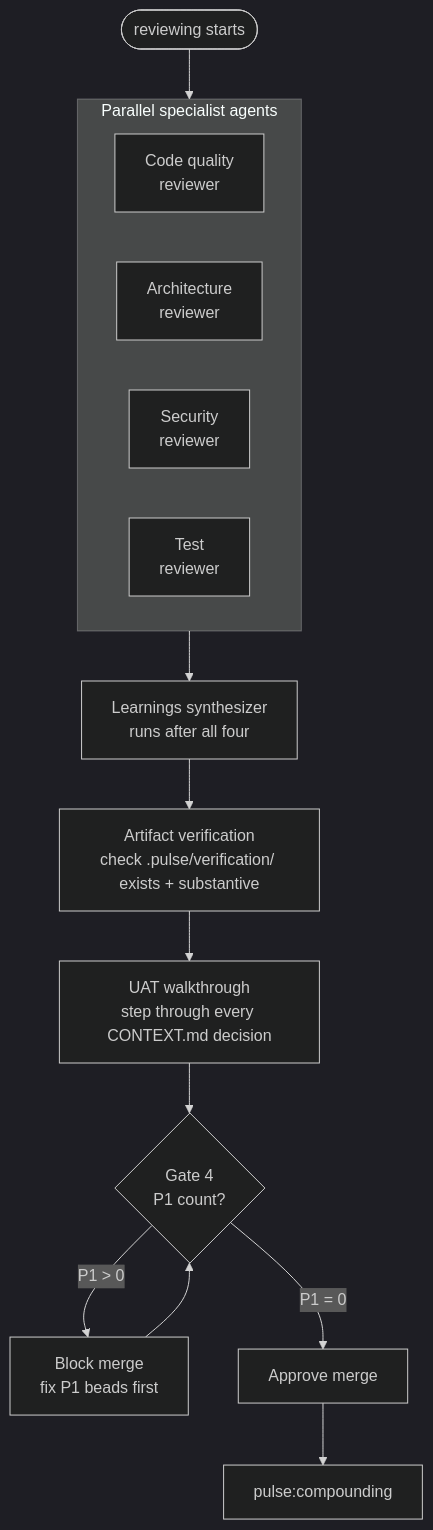
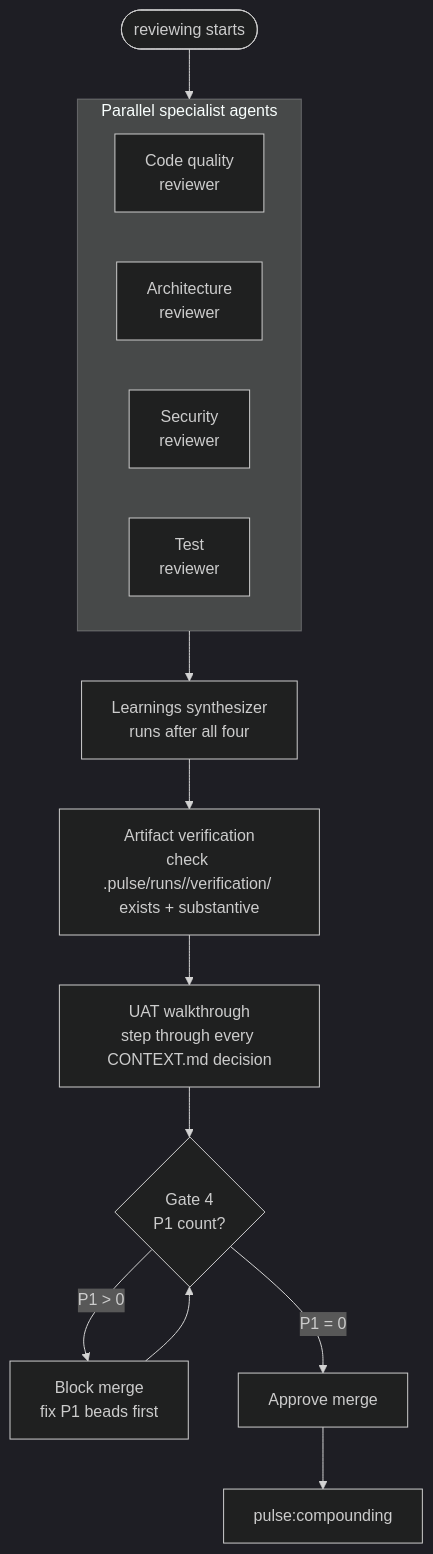
One commit to quanpersie2001/skills changed the third of 7 diagrams in docs/ARCHITECTURE.md. Above: the diagram before and after it, drawn with Mermaid (dark theme). The commit also changed other lines of this file and 15 other files, not shown here.

````diff
--- a/docs/ARCHITECTURE.md
+++ b/docs/ARCHITECTURE.md
@@ -281,20 +281,20 @@
 ```mermaid
 flowchart TD
     subgraph parallel[Parallel specialist agents]
         R1[Code quality\nreviewer]
         R2[Architecture\nreviewer]
         R3[Security\nreviewer]
         R4[Test\nreviewer]
     end
     R5[Learnings synthesizer\nruns after all four]
 
     start([reviewing starts]) --> parallel
     parallel --> R5
-    R5 --> AV[Artifact verification\ncheck .pulse/verification/ exists + substantive]
+    R5 --> AV[Artifact verification\ncheck .pulse/runs/<feature>/verification/ exists + substantive]
     AV --> UAT[UAT walkthrough\nstep through every CONTEXT.md decision]
     UAT --> G4{Gate 4\nP1 count?}
     G4 -->|P1 > 0| BLOCK[Block merge\nfix P1 beads first]
     G4 -->|P1 = 0| APPROVE[Approve merge]
     BLOCK --> G4
     APPROVE --> CP[pulse:compounding]
 ```
````
